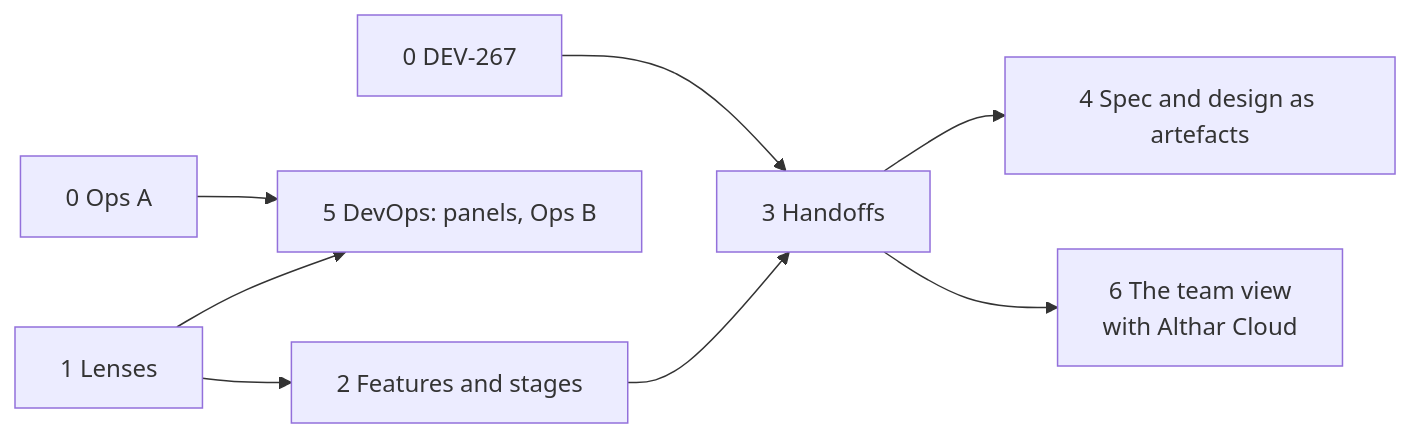
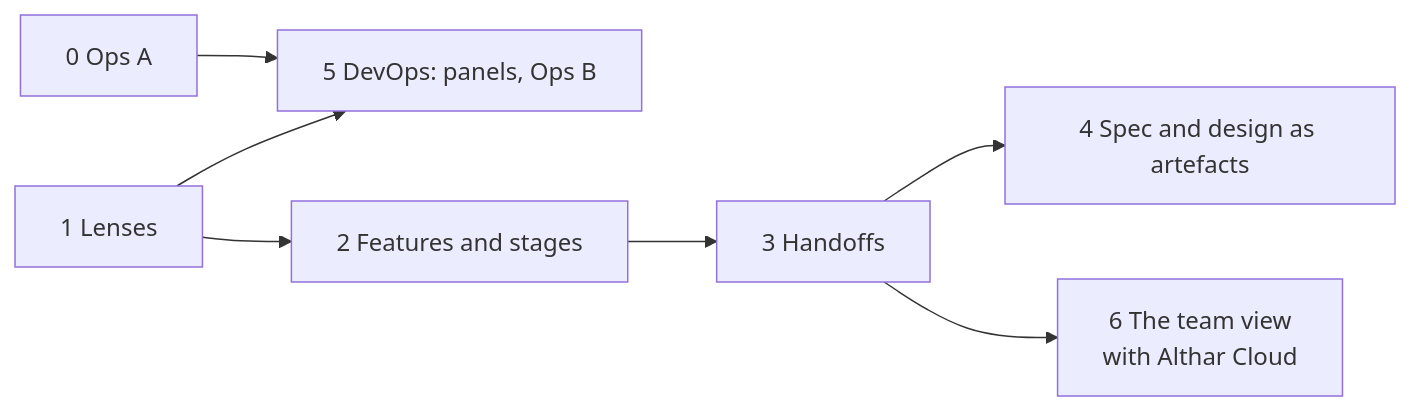
One commit to AltharIDE/althar changed the second of 2 diagrams in docs/plans/whole-team.md. Above: the diagram before and after it, drawn with Mermaid. The commit also changed other lines of this file and 11 other files, not shown here.

````diff
--- a/docs/plans/whole-team.md
+++ b/docs/plans/whole-team.md
@@ -202,10 +208,9 @@
 ```mermaid
 flowchart LR
-  D267[0 DEV-267] --> P3
   OPSA[0 Ops A] --> P5
   P1[1 Lenses] --> P2[2 Features and stages]
   P2 --> P3[3 Handoffs]
   P3 --> P4[4 Spec and design as artefacts]
   P1 --> P5[5 DevOps: panels, Ops B]
   P3 --> P6[6 The team view<br/>with Althar Cloud]
 ```
````
